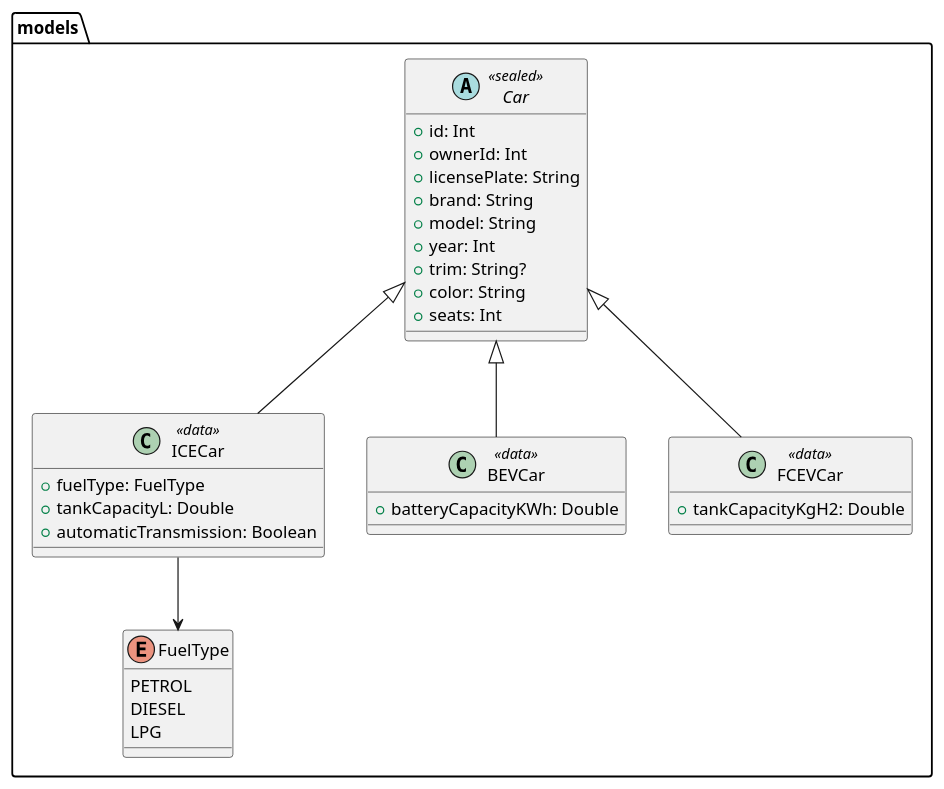
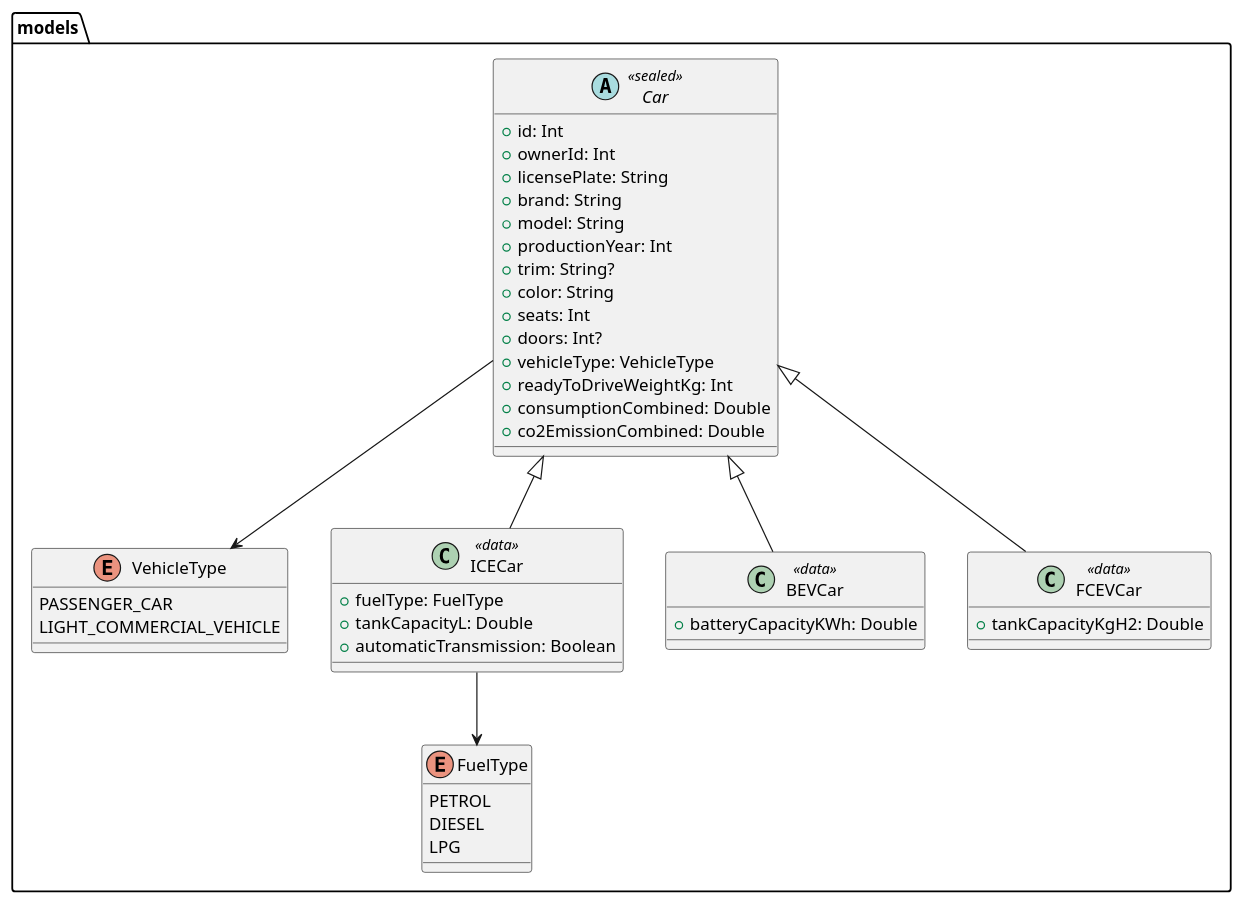
Before and after one commit to MarkPrins18/hbo-leerjaar2: the diagram in diagrams/models/CarDataModel.puml, drawn with PlantUML. The commit also changed 8 other files, not shown here.

```diff
--- a/diagrams/models/CarDataModel.puml
+++ b/diagrams/models/CarDataModel.puml
@@ -1,44 +1,55 @@
 @startuml CarDataModel
 
 package models {
 
     enum FuelType {
         PETROL
         DIESEL
         LPG
     }
 
+    enum VehicleType {
+        PASSENGER_CAR
+        LIGHT_COMMERCIAL_VEHICLE
+    }
+
     abstract class Car <<sealed>> {
         +id: Int
         +ownerId: Int
         +licensePlate: String
         +brand: String
         +model: String
-        +year: Int
+        +productionYear: Int
         +trim: String?
         +color: String
         +seats: Int
+        +doors: Int?
+        +vehicleType: VehicleType
+        +readyToDriveWeightKg: Int
+        +consumptionCombined: Double
+        +co2EmissionCombined: Double
     }
 
     class ICECar <<data>> {
         +fuelType: FuelType
         +tankCapacityL: Double
         +automaticTransmission: Boolean
     }
 
     class BEVCar <<data>> {
         +batteryCapacityKWh: Double
     }
 
     class FCEVCar <<data>> {
         +tankCapacityKgH2: Double
     }
 
     Car <|-- ICECar
     Car <|-- BEVCar
     Car <|-- FCEVCar
 
+    Car --> VehicleType
     ICECar --> FuelType
 }
 
 @enduml
```
